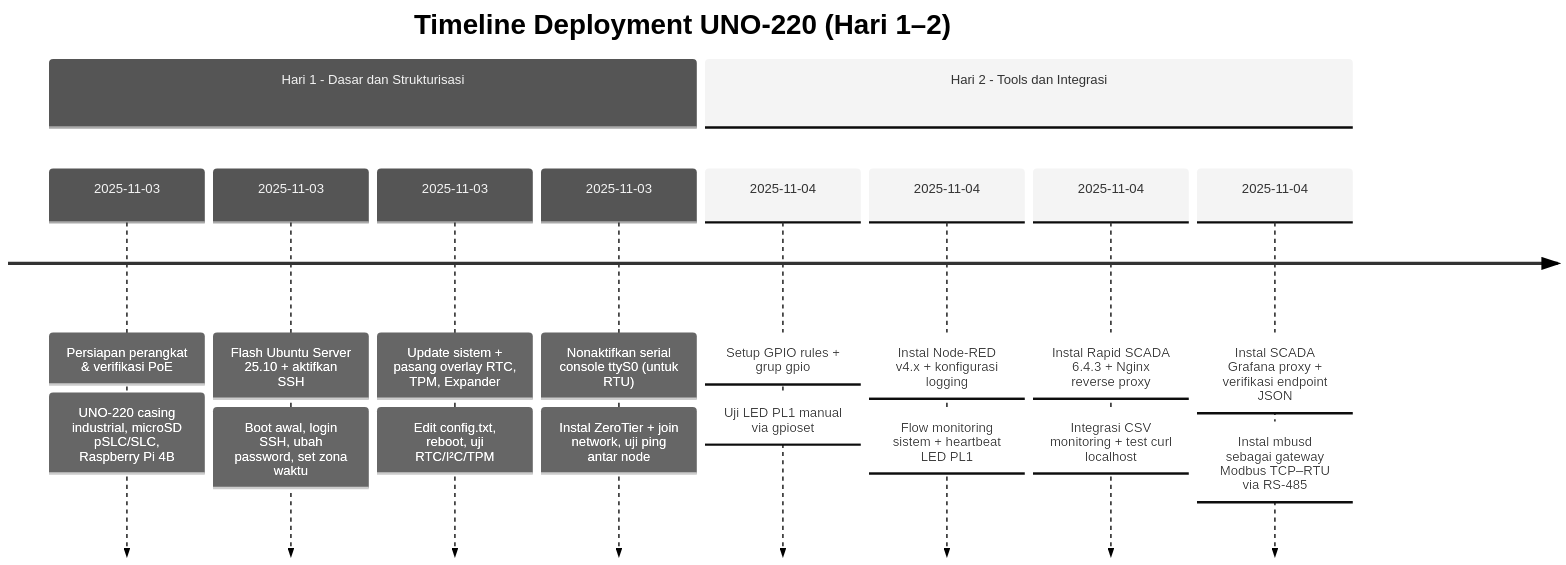
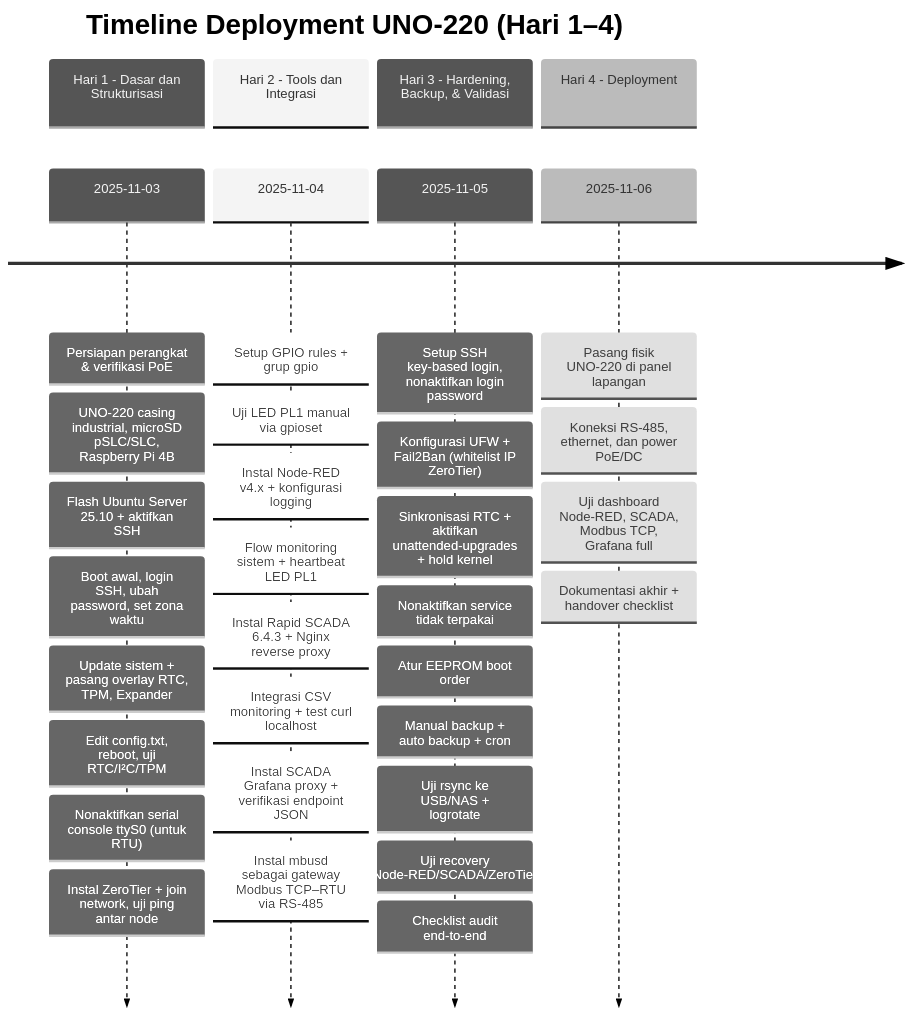
The second of 2 diagrams in docs/_posts/2025-10-23-menyiapkan-advantech-uno-220-sebagai-edge-device-industri.md (kumajaya/automation-blog), drawn with Mermaid before and after one commit. The commit also changed other lines of this file, not shown here.

Commit message:
chore: sync Ghost CMS

```diff
--- a/docs/_posts/2025-10-23-menyiapkan-advantech-uno-220-sebagai-edge-device-industri.md
+++ b/docs/_posts/2025-10-23-menyiapkan-advantech-uno-220-sebagai-edge-device-industri.md
@@ -184,26 +184,39 @@
-<div class="mermaid" style="width:110%;">
+<div class="mermaid" style="width:100%;">
     ---
     config:
       theme: neutral
     ---
     timeline
-        title Timeline Deployment UNO-220 (Hari 1–2)
+        title Timeline Deployment UNO-220 (Hari 1–4)
         section Hari 1 - Dasar dan Strukturisasi
             2025-11-03 : Persiapan perangkat &amp; verifikasi PoE
             : UNO-220 casing industrial, microSD pSLC/SLC, Raspberry Pi 4B
-            2025-11-03 : Flash Ubuntu Server 25.10 + aktifkan SSH
+            : Flash Ubuntu Server 25.10 + aktifkan SSH
             : Boot awal, login SSH, ubah password, set zona waktu
-            2025-11-03 : Update sistem + pasang overlay RTC, TPM, Expander
+            : Update sistem + pasang overlay RTC, TPM, Expander
             : Edit config.txt, reboot, uji RTC/I²C/TPM
-            2025-11-03 : Nonaktifkan serial console ttyS0 (untuk RTU)
+            : Nonaktifkan serial console ttyS0 (untuk RTU)
             : Instal ZeroTier + join network, uji ping antar node
         section Hari 2 - Tools dan Integrasi
             2025-11-04 : Setup GPIO rules + grup gpio
             : Uji LED PL1 manual via gpioset
-            2025-11-04 : Instal Node-RED v4.x + konfigurasi logging
+            : Instal Node-RED v4.x + konfigurasi logging
             : Flow monitoring sistem + heartbeat LED PL1
-            2025-11-04 : Instal Rapid SCADA 6.4.3 + Nginx reverse proxy
+            : Instal Rapid SCADA 6.4.3 + Nginx reverse proxy
             : Integrasi CSV monitoring + test curl localhost
-            2025-11-04 : Instal SCADA Grafana proxy + verifikasi endpoint JSON
+            : Instal SCADA Grafana proxy + verifikasi endpoint JSON
             : Instal mbusd sebagai gateway Modbus TCP–RTU via RS-485
+        section Hari 3 - Hardening, Backup, &amp; Validasi
+            2025-11-05 : Setup SSH key-based login, nonaktifkan login password
+            : Konfigurasi UFW + Fail2Ban (whitelist IP ZeroTier)
+            : Sinkronisasi RTC + aktifkan unattended-upgrades + hold kernel
+            : Nonaktifkan service tidak terpakai
+            : Atur EEPROM boot order
+            : Manual backup + auto backup + cron : Uji rsync ke USB/NAS + logrotate
+            : Uji recovery Node-RED/SCADA/ZeroTier : Checklist audit end-to-end
+        section Hari 4 - Deployment
+            2025-11-06 : Pasang fisik UNO-220 di panel lapangan
+            : Koneksi RS-485, ethernet, dan power PoE/DC
+            : Uji dashboard Node-RED, SCADA, Modbus TCP, Grafana full
+            : Dokumentasi akhir + handover checklist
 </div>
```
